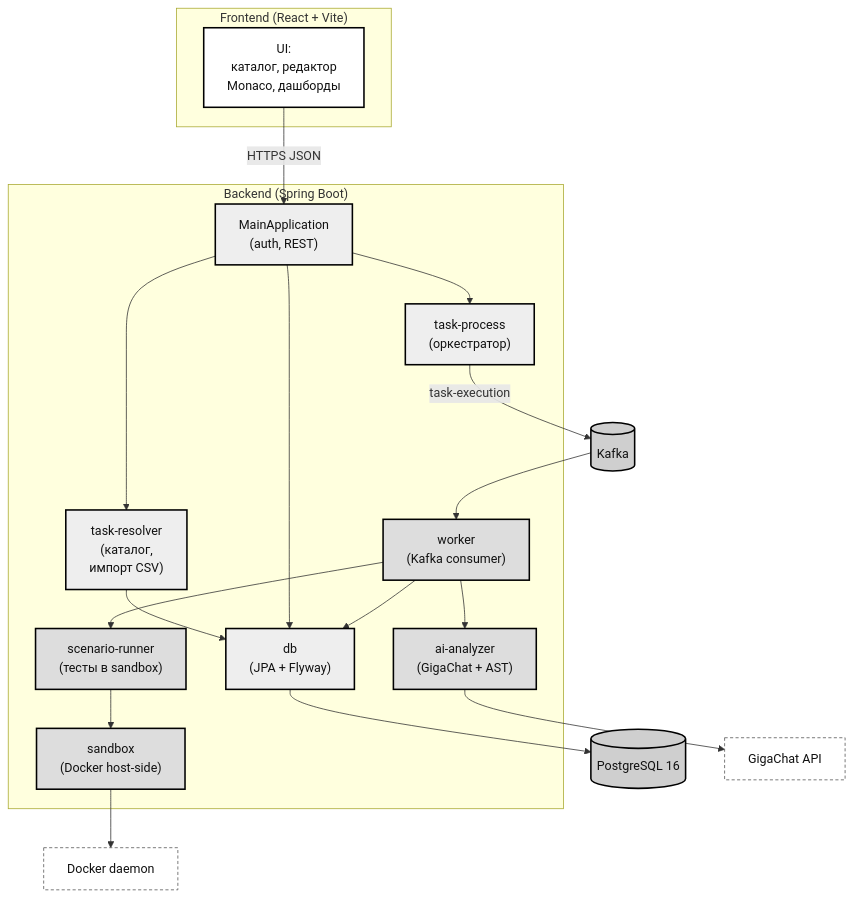
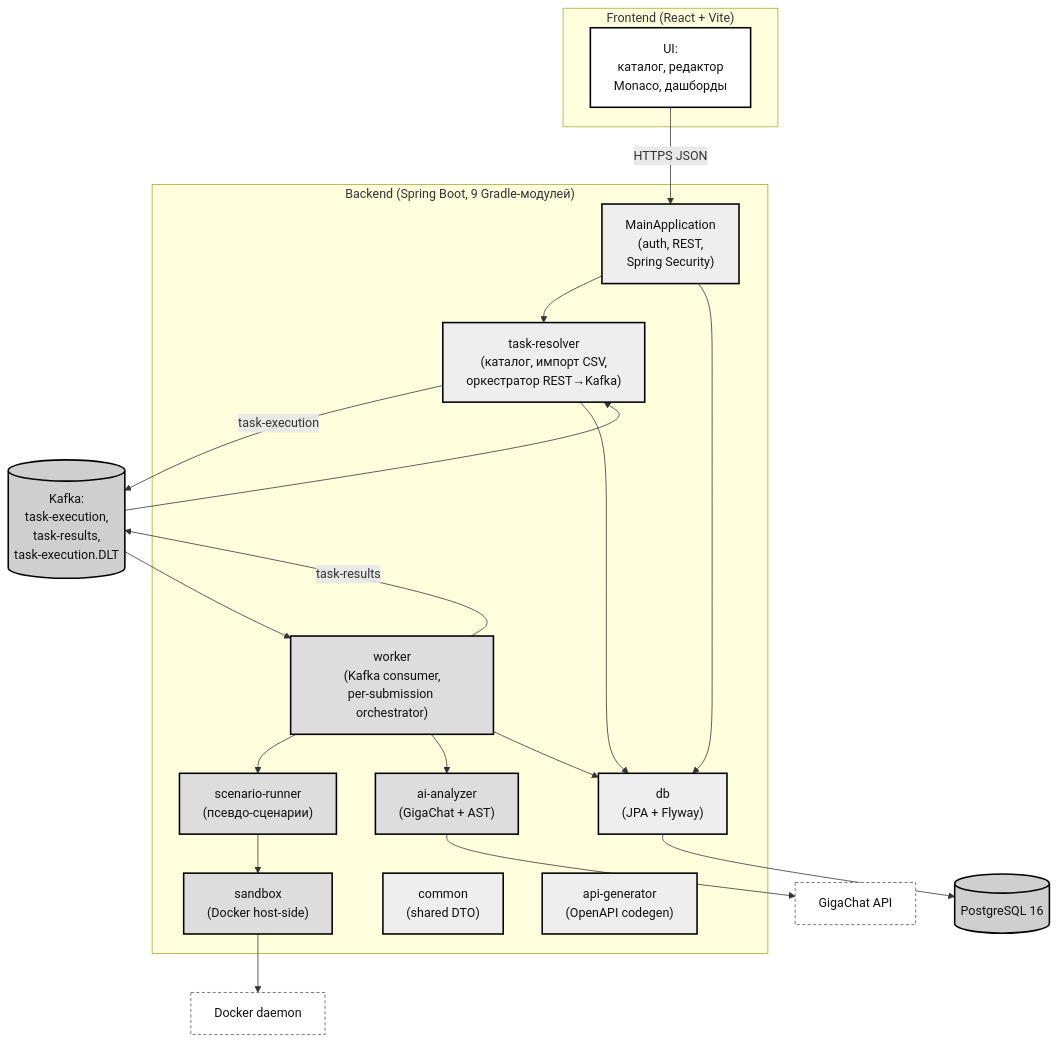
Before and after one commit to gazzsha/Web-Resolver-Task: the diagram in thesis/figures/src/03_c4_container.mmd, drawn with Mermaid. The commit also changed 2 other files, not shown here.

First paragraph of the commit message:
docs(thesis): Step 7 — rebuild ПЗ.docx + C4 Container (9 модулей)
Шаг 7 roadmap из thesis/THESIS_WRITING_PROMPT.md.

```diff
--- a/thesis/figures/src/03_c4_container.mmd
+++ b/thesis/figures/src/03_c4_container.mmd
@@ -1,41 +1,43 @@
 flowchart TB
     classDef ui fill:#fff,stroke:#000,stroke-width:2px,color:#111
     classDef api fill:#eee,stroke:#000,stroke-width:2px,color:#111
     classDef worker fill:#ddd,stroke:#000,stroke-width:2px,color:#111
     classDef data fill:#cfcfcf,stroke:#000,stroke-width:2px,color:#111
     classDef ext fill:#fff,stroke:#555,stroke-dasharray:4 3,color:#111
 
     subgraph Frontend["Frontend (React + Vite)"]
         FE["UI:<br/>каталог, редактор<br/>Monaco, дашборды"]:::ui
     end
 
-    subgraph Backend["Backend (Spring Boot)"]
-        MA["MainApplication<br/>(auth, REST)"]:::api
-        TR["task-resolver<br/>(каталог,<br/>импорт CSV)"]:::api
-        TP["task-process<br/>(оркестратор)"]:::api
-        WK["worker<br/>(Kafka consumer)"]:::worker
-        SR["scenario-runner<br/>(тесты в sandbox)"]:::worker
+    subgraph Backend["Backend (Spring Boot, 9 Gradle-модулей)"]
+        MA["MainApplication<br/>(auth, REST,<br/>Spring Security)"]:::api
+        TR["task-resolver<br/>(каталог, импорт CSV,<br/>оркестратор REST→Kafka)"]:::api
+        WK["worker<br/>(Kafka consumer,<br/>per-submission orchestrator)"]:::worker
+        SR["scenario-runner<br/>(псевдо-сценарии)"]:::worker
         SB["sandbox<br/>(Docker host-side)"]:::worker
         AI["ai-analyzer<br/>(GigaChat + AST)"]:::worker
         DB["db<br/>(JPA + Flyway)"]:::api
+        CM["common<br/>(shared DTO)"]:::api
+        AG["api-generator<br/>(OpenAPI codegen)"]:::api
     end
 
     PG[("PostgreSQL 16")]:::data
-    KF[("Kafka")]:::data
+    KF[("Kafka:<br/>task-execution,<br/>task-results,<br/>task-execution.DLT")]:::data
     GIG["GigaChat API"]:::ext
     DOCK["Docker daemon"]:::ext
 
     FE -- "HTTPS JSON" --> MA
     MA --> TR
-    MA --> TP
-    TP -- "task-execution" --> KF
+    TR -- "task-execution" --> KF
     KF --> WK
     WK --> SR
     SR --> SB
     SB --> DOCK
     WK --> AI
     AI --> GIG
+    WK -- "task-results" --> KF
+    KF --> TR
     TR --> DB
     MA --> DB
     WK --> DB
     DB --> PG
```
